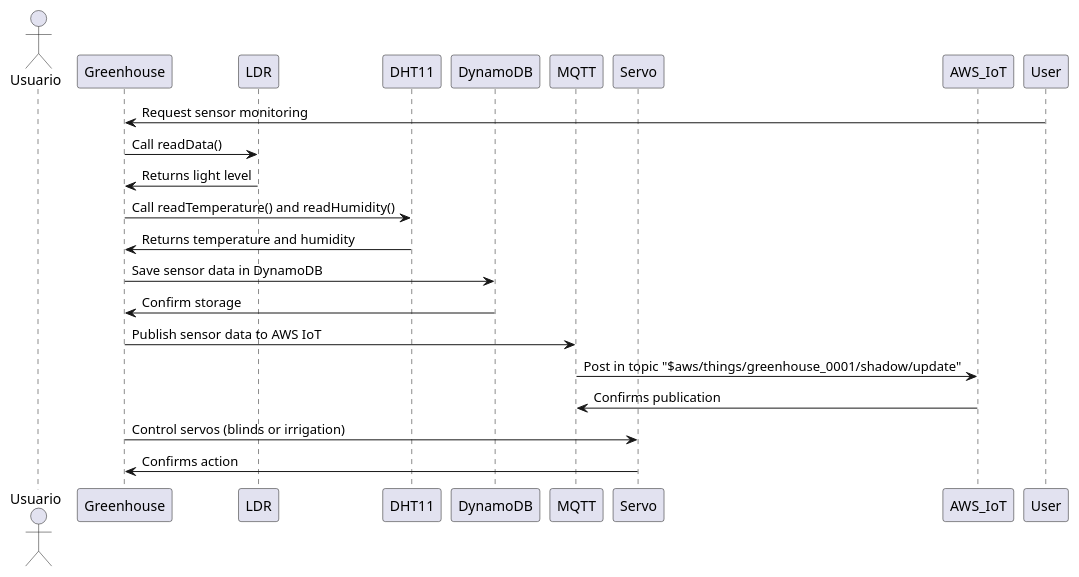
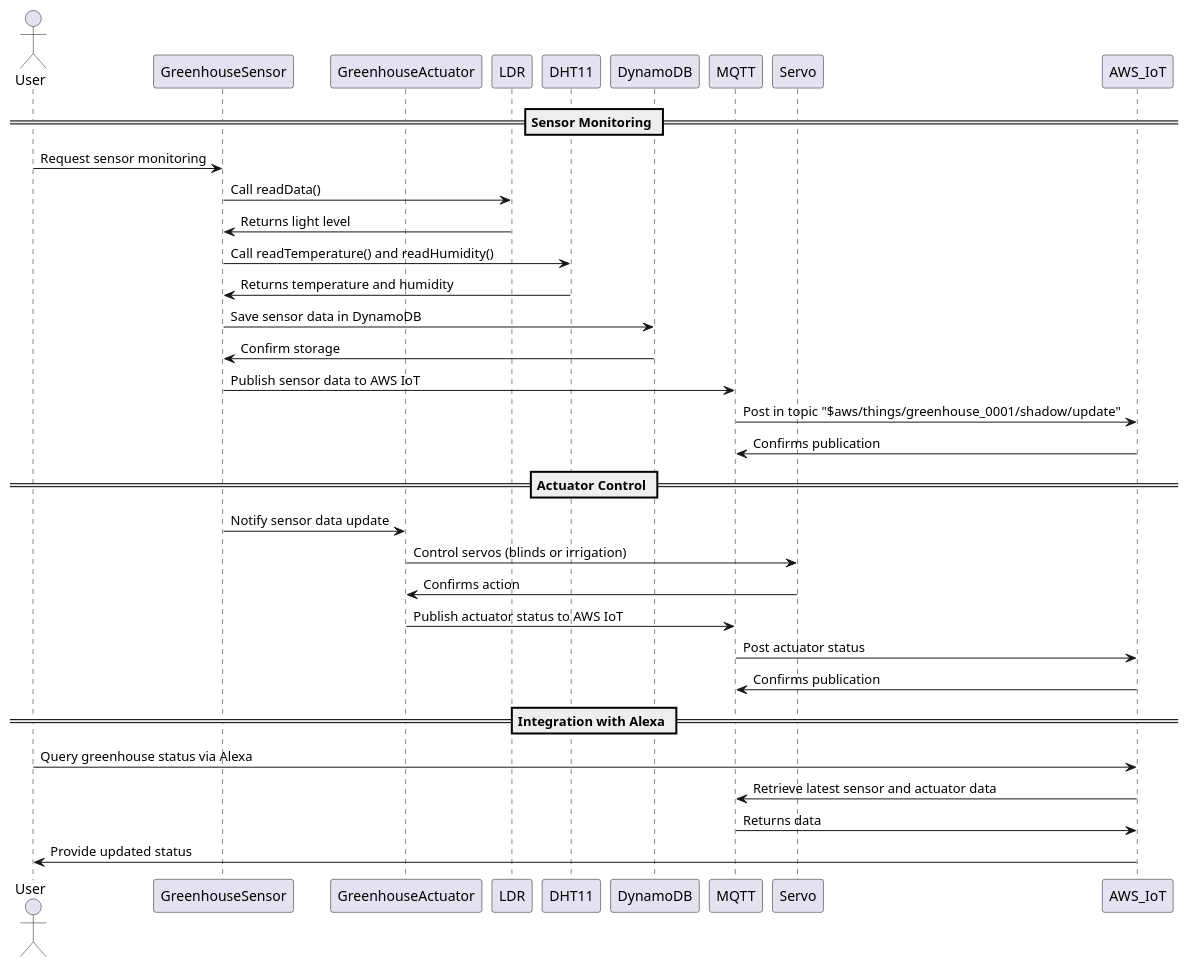
Before and after one commit to Focus0Wizard/greenhouse_project: the diagram in diagrams/sequence.puml, drawn with PlantUML. The commit also changed 1 other file, not shown here.

Commit message:
change diagrams for using 2 ESP32

```diff
--- a/diagrams/sequence.puml
+++ b/diagrams/sequence.puml
@@ -1,23 +1,37 @@
 @startuml
-actor Usuario
-participant Greenhouse
+actor User
+participant GreenhouseSensor
+participant GreenhouseActuator
 participant LDR
 participant DHT11
 participant DynamoDB
 participant MQTT
 participant Servo
 participant AWS_IoT
 
-User -> Greenhouse : Request sensor monitoring
-Greenhouse -> LDR : Call readData()
-LDR -> Greenhouse : Returns light level
-Greenhouse -> DHT11 : Call readTemperature() and readHumidity()
-DHT11 -> Greenhouse : Returns temperature and humidity
-Greenhouse -> DynamoDB : Save sensor data in DynamoDB
-DynamoDB -> Greenhouse : Confirm storage
-Greenhouse -> MQTT : Publish sensor data to AWS IoT
+== Sensor Monitoring ==
+User -> GreenhouseSensor : Request sensor monitoring
+GreenhouseSensor -> LDR : Call readData()
+LDR -> GreenhouseSensor : Returns light level
+GreenhouseSensor -> DHT11 : Call readTemperature() and readHumidity()
+DHT11 -> GreenhouseSensor : Returns temperature and humidity
+GreenhouseSensor -> DynamoDB : Save sensor data in DynamoDB
+DynamoDB -> GreenhouseSensor : Confirm storage
+GreenhouseSensor -> MQTT : Publish sensor data to AWS IoT
 MQTT -> AWS_IoT : Post in topic "$aws/things/greenhouse_0001/shadow/update"
 AWS_IoT -> MQTT : Confirms publication
-Greenhouse -> Servo : Control servos (blinds or irrigation)
-Servo -> Greenhouse : Confirms action
+
+== Actuator Control ==
+GreenhouseSensor -> GreenhouseActuator : Notify sensor data update
+GreenhouseActuator -> Servo : Control servos (blinds or irrigation)
+Servo -> GreenhouseActuator : Confirms action
+GreenhouseActuator -> MQTT : Publish actuator status to AWS IoT
+MQTT -> AWS_IoT : Post actuator status
+AWS_IoT -> MQTT : Confirms publication
+
+== Integration with Alexa ==
+User -> AWS_IoT : Query greenhouse status via Alexa
+AWS_IoT -> MQTT : Retrieve latest sensor and actuator data
+MQTT -> AWS_IoT : Returns data
+AWS_IoT -> User : Provide updated status
 @enduml
```
